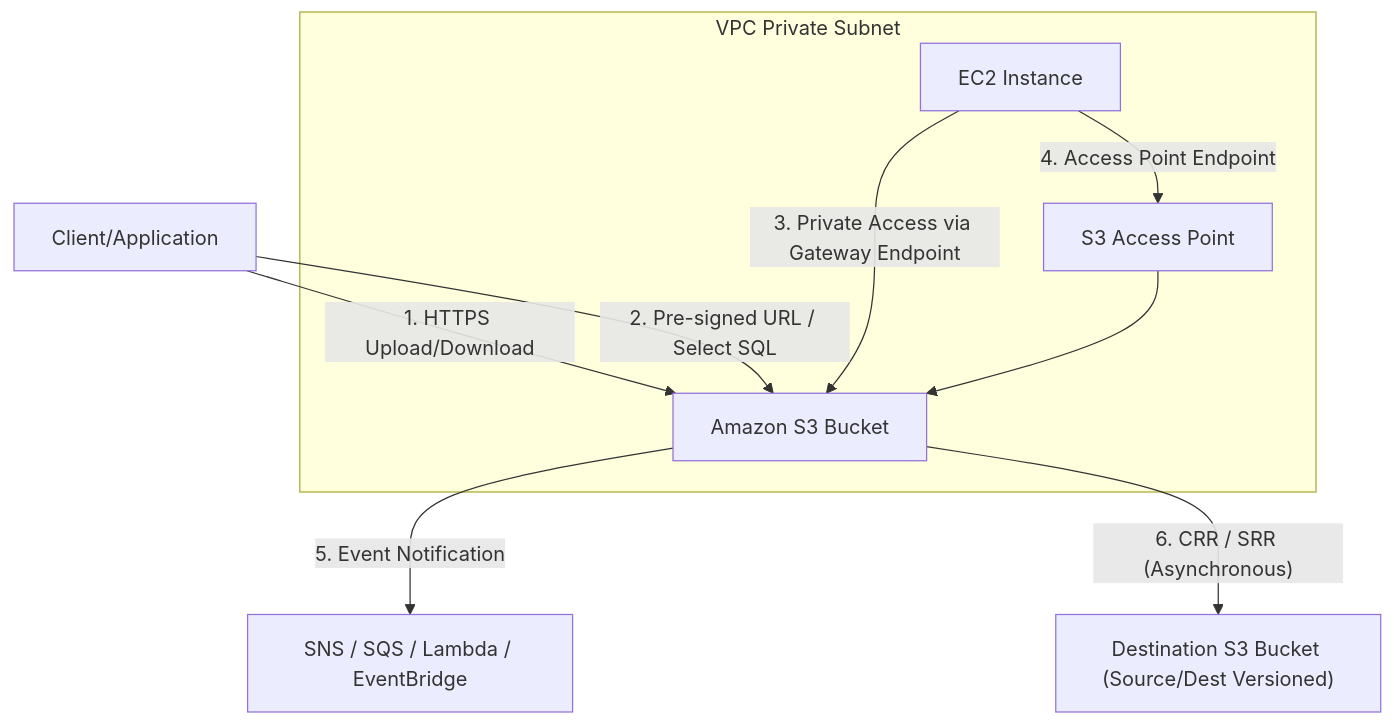
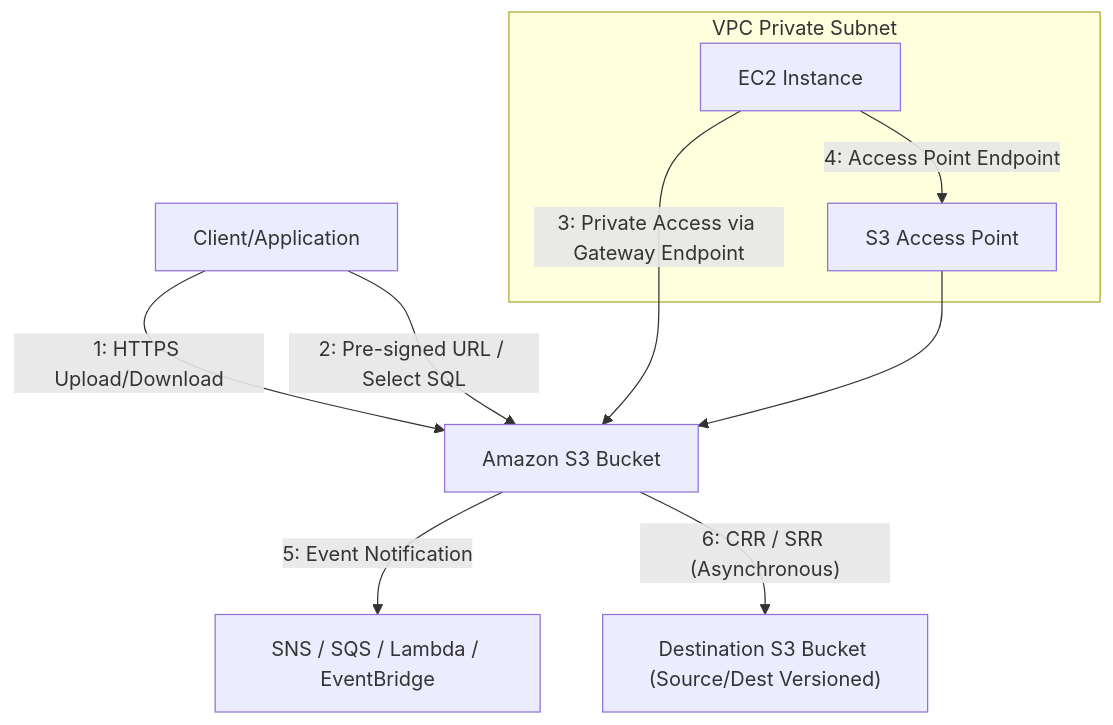
Before and after one commit to kmashour/BrainDump: the diagram in Reference Notes/3-6_aws_s3_storage.md, drawn with Mermaid. The commit also changed other lines of this file, not shown here.

Commit message:
docs/feat: add S3 Access Points vs VPC Gateway Endpoints explanation to Module 3-6

````diff
--- a/Reference Notes/3-6_aws_s3_storage.md
+++ b/Reference Notes/3-6_aws_s3_storage.md
@@ -18,14 +18,23 @@
 ```mermaid
 graph TD
-    Client["Client/Application"] -->|"1. HTTPS Upload/Download"| S3Bucket["Amazon S3 Bucket"]
-    Client -->|"2. Pre-signed URL / Select SQL"| S3Bucket
-    
-    subgraph PrivateVPC["VPC Private Subnet"]
-        EC2Instance["EC2 Instance"] -->|"3. Private Access via Gateway Endpoint"| S3Bucket
-        EC2Instance -->|"4. Access Point Endpoint"| AccessPoint["S3 Access Point"]
-        AccessPoint --> S3Bucket
-    end
-    
-    S3Bucket -->|"5. Event Notification"| EventTarget["SNS / SQS / Lambda / EventBridge"]
-    S3Bucket -->|"6. CRR / SRR (Asynchronous)"| TargetBucket["Destination S3 Bucket (Source/Dest Versioned)"]
+
+%% Define standalone nodes first
+Client["Client/Application"]
+S3Bucket["Amazon S3 Bucket"]
+EventTarget["SNS / SQS / Lambda / EventBridge"]
+TargetBucket["Destination S3 Bucket (Source/Dest Versioned)"]
+
+subgraph PrivateVPC["VPC Private Subnet"]
+    EC2Instance["EC2 Instance"]
+    AccessPoint["S3 Access Point"]
+end
+
+%% Define all relationships outside the subgraph to maintain layout integrity
+Client -->|"1: HTTPS Upload/Download"| S3Bucket
+Client -->|"2: Pre-signed URL / Select SQL"| S3Bucket
+EC2Instance -->|"3: Private Access via Gateway Endpoint"| S3Bucket
+EC2Instance -->|"4: Access Point Endpoint"| AccessPoint
+AccessPoint --> S3Bucket
+S3Bucket -->|"5: Event Notification"| EventTarget
+S3Bucket -->|"6: CRR / SRR (Asynchronous)"| TargetBucket
 ```
````
